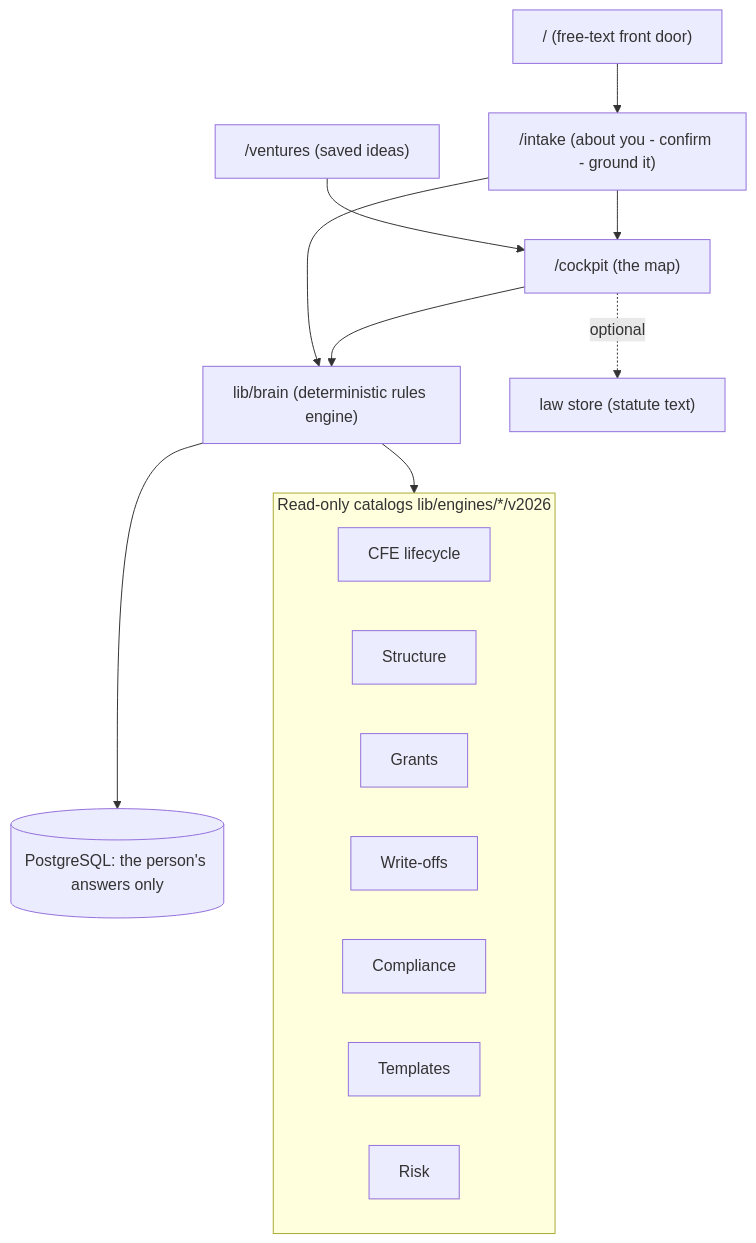
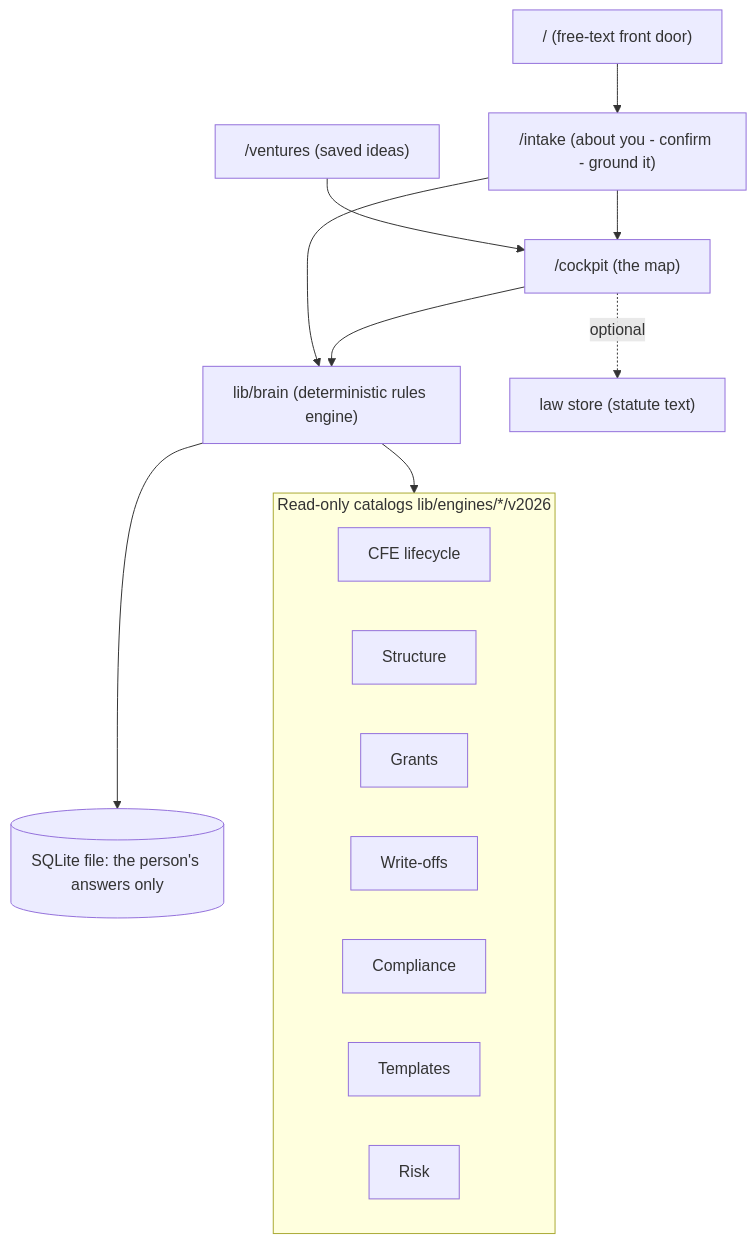
The diagram in docs/architecture/overview.md (Dot-Ami/dotami), drawn with Mermaid before and after one commit. The commit also changed other lines of this file and 38 other files, not shown here.

First line of the commit message:
build: switch the database from PostgreSQL to SQLite (#60)

````diff
--- a/docs/architecture/overview.md
+++ b/docs/architecture/overview.md
@@ -7,20 +7,20 @@
 ```mermaid
 flowchart TB
   Landing["/ (free-text front door)"] --> Intake["/intake (about you - confirm - ground it)"]
   Intake --> Cockpit["/cockpit (the map)"]
   Ventures["/ventures (saved ideas)"] --> Cockpit
   Cockpit --> Brain["lib/brain (deterministic rules engine)"]
   Intake --> Brain
   Brain --> engines
   subgraph engines [Read-only catalogs lib/engines/*/v2026]
     CFE[CFE lifecycle]
     Structure[Structure]
     Grants[Grants]
     Writeoffs[Write-offs]
     Compliance[Compliance]
     Templates[Templates]
     Risk[Risk]
   end
-  Brain --> DB[(PostgreSQL: the person's answers only)]
+  Brain --> DB[(SQLite file: the person's answers only)]
   Cockpit -. optional .-> Law["law store (statute text)"]
 ```
````
